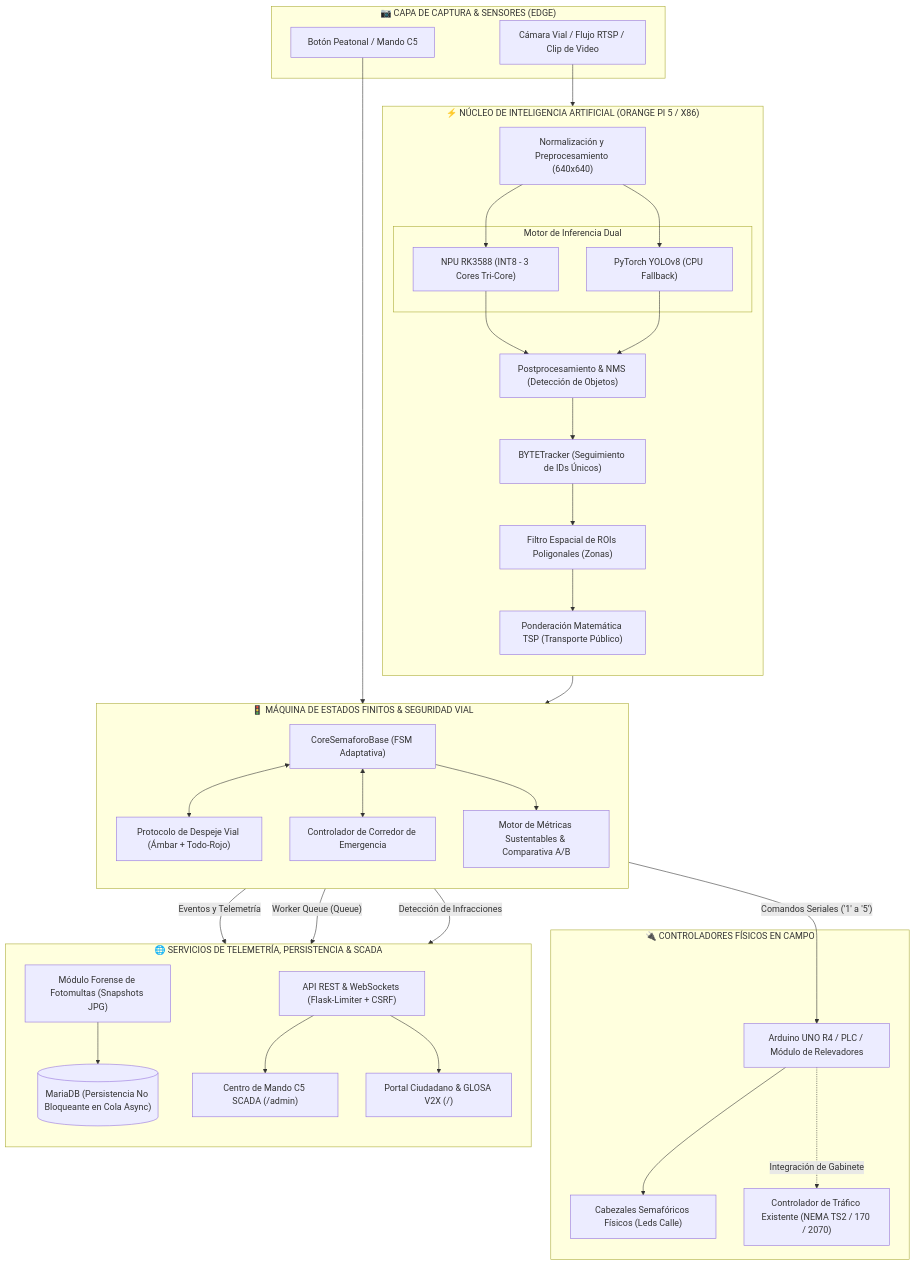
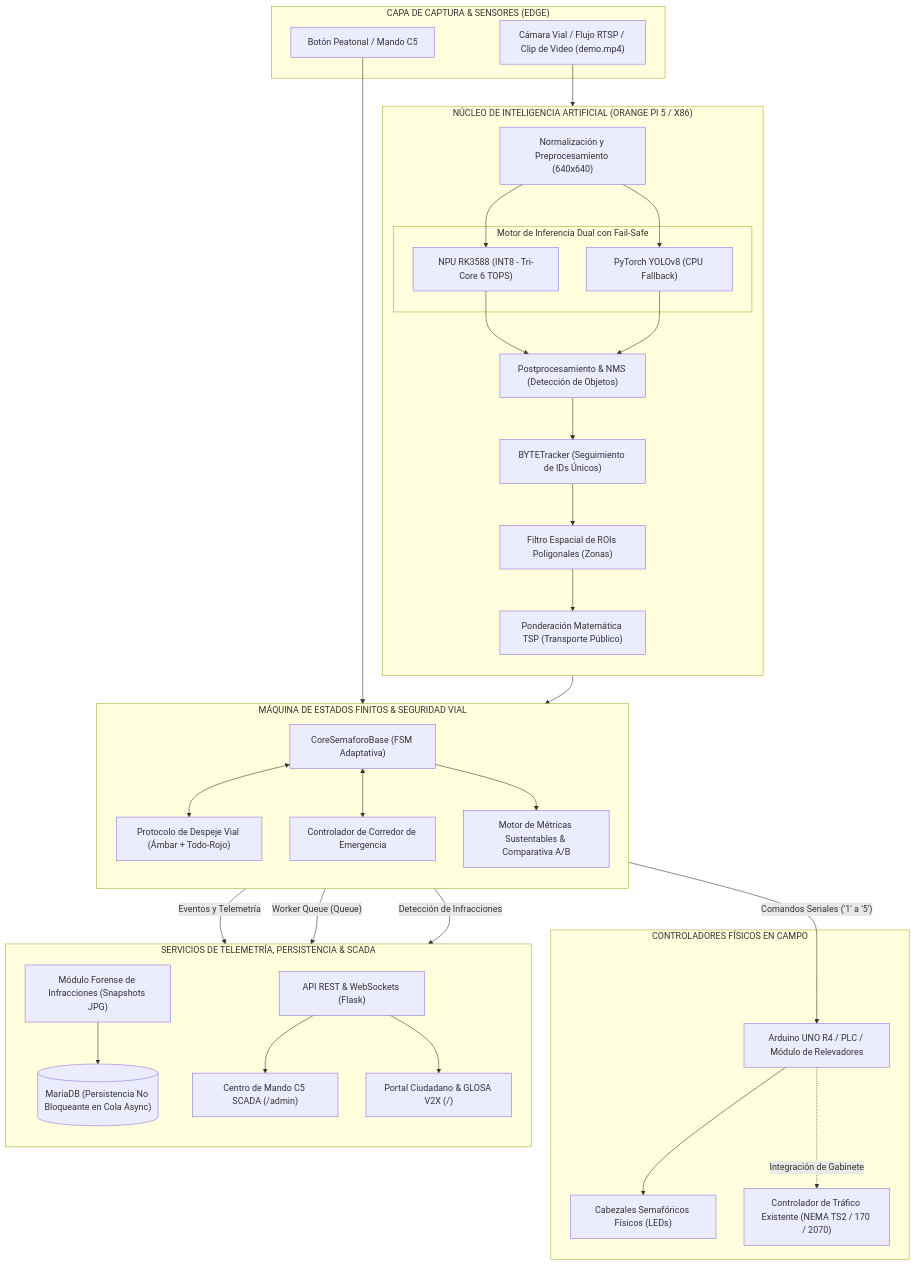
Before and after one commit to Pozole98/fluxa-smart-city: the diagram in docs/arquitectura.mmd, drawn with Mermaid. The commit also changed 5 other files, not shown here.

```diff
--- a/docs/arquitectura.mmd
+++ b/docs/arquitectura.mmd
@@ -1,71 +1,71 @@
 flowchart TD
-    subgraph SENSORICA ["📷 CAPA DE CAPTURA & SENSORES (EDGE)"]
-        CAM["Cámara Vial / Flujo RTSP / Clip de Video"]
+    subgraph SENSORICA ["CAPA DE CAPTURA & SENSORES (EDGE)"]
+        CAM["Cámara Vial / Flujo RTSP / Clip de Video (demo.mp4)"]
         CALL_BTN["Botón Peatonal / Mando C5"]
     end
 
-    subgraph PROCESAMIENTO ["⚡ NÚCLEO DE INTELIGENCIA ARTIFICIAL (ORANGE PI 5 / X86)"]
+    subgraph PROCESAMIENTO ["NÚCLEO DE INTELIGENCIA ARTIFICIAL (ORANGE PI 5 / X86)"]
         direction TB
         PRE["Normalización y Preprocesamiento (640x640)"]
         
-        subgraph INFERENCIA ["Motor de Inferencia Dual"]
-            RKNN["NPU RK3588 (INT8 - 3 Cores Tri-Core)"]
+        subgraph INFERENCIA ["Motor de Inferencia Dual con Fail-Safe"]
+            RKNN["NPU RK3588 (INT8 - Tri-Core 6 TOPS)"]
             CPU_ENGINE["PyTorch YOLOv8 (CPU Fallback)"]
         end
         
         POST["Postprocesamiento & NMS (Detección de Objetos)"]
         TRACKER["BYTETracker (Seguimiento de IDs Únicos)"]
         ROI["Filtro Espacial de ROIs Poligonales (Zonas)"]
         TSP["Ponderación Matemática TSP (Transporte Público)"]
     end
 
-    subgraph FSM_CORE ["🚦 MÁQUINA DE ESTADOS FINITOS & SEGURIDAD VIAL"]
+    subgraph FSM_CORE ["MÁQUINA DE ESTADOS FINITOS & SEGURIDAD VIAL"]
         direction TB
         FSM["CoreSemaforoBase (FSM Adaptativa)"]
         CLEARANCE["Protocolo de Despeje Vial (Ámbar + Todo-Rojo)"]
         EMERGENCY["Controlador de Corredor de Emergencia"]
         SUSTAIN["Motor de Métricas Sustentables & Comparativa A/B"]
     end
 
-    subgraph HARDWARE_OUTPUT ["🔌 CONTROLADORES FÍSICOS EN CAMPO"]
+    subgraph HARDWARE_OUTPUT ["CONTROLADORES FÍSICOS EN CAMPO"]
         ARDUINO["Arduino UNO R4 / PLC / Módulo de Relevadores"]
-        LIGHTS["Cabezales Semafóricos Físicos (Leds Calle)"]
+        LIGHTS["Cabezales Semafóricos Físicos (LEDs)"]
         CONTROLLER_EX["Controlador de Tráfico Existente (NEMA TS2 / 170 / 2070)"]
     end
 
-    subgraph SERVICIOS ["🌐 SERVICIOS DE TELEMETRÍA, PERSISTENCIA & SCADA"]
+    subgraph SERVICIOS ["SERVICIOS DE TELEMETRÍA, PERSISTENCIA & SCADA"]
         direction TB
         MARIADB[("MariaDB (Persistencia No Bloqueante en Cola Async)")]
-        FLASK_API["API REST & WebSockets (Flask-Limiter + CSRF)"]
+        FLASK_API["API REST & WebSockets (Flask)"]
         SCADA["Centro de Mando C5 SCADA (/admin)"]
         PUBLIC_PORTAL["Portal Ciudadano & GLOSA V2X (/)"]
-        VIOLATIONS["Módulo Forense de Fotomultas (Snapshots JPG)"]
+        VIOLATIONS["Módulo Forense de Infracciones (Snapshots JPG)"]
     end
 
     %% Conexiones
     CAM --> PRE
     CALL_BTN --> FSM
     PRE --> RKNN
     PRE --> CPU_ENGINE
     RKNN --> POST
     CPU_ENGINE --> POST
     POST --> TRACKER
     TRACKER --> ROI
     ROI --> TSP
     TSP --> FSM
     
     FSM <--> CLEARANCE
     FSM <--> EMERGENCY
     FSM --> SUSTAIN
     
     FSM -->|"Comandos Seriales ('1' a '5')"| ARDUINO
     ARDUINO --> LIGHTS
     ARDUINO -.->|"Integración de Gabinete"| CONTROLLER_EX
     
     FSM -->|"Eventos y Telemetría"| FLASK_API
     FSM -->|"Worker Queue (Queue)"| MARIADB
     FSM -->|"Detección de Infracciones"| VIOLATIONS
     
     FLASK_API --> SCADA
     FLASK_API --> PUBLIC_PORTAL
     VIOLATIONS --> MARIADB
```
